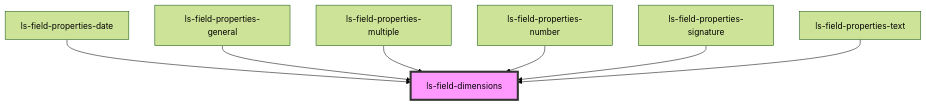
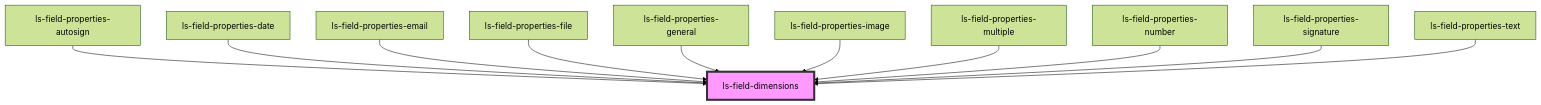
The diagram in src/components/ls-field-dimensions/readme.md (legalesign/ls-document-viewer), drawn with Mermaid (forest theme) before and after one commit. The commit also changed other lines of this file and 38 other files, not shown here.

````diff
--- a/src/components/ls-field-dimensions/readme.md
+++ b/src/components/ls-field-dimensions/readme.md
@@ -35,10 +39,14 @@
 ```mermaid
 graph TD;
+  ls-field-properties-autosign --> ls-field-dimensions
   ls-field-properties-date --> ls-field-dimensions
+  ls-field-properties-email --> ls-field-dimensions
+  ls-field-properties-file --> ls-field-dimensions
   ls-field-properties-general --> ls-field-dimensions
+  ls-field-properties-image --> ls-field-dimensions
   ls-field-properties-multiple --> ls-field-dimensions
   ls-field-properties-number --> ls-field-dimensions
   ls-field-properties-signature --> ls-field-dimensions
   ls-field-properties-text --> ls-field-dimensions
   style ls-field-dimensions fill:#f9f,stroke:#333,stroke-width:4px
 ```
````
